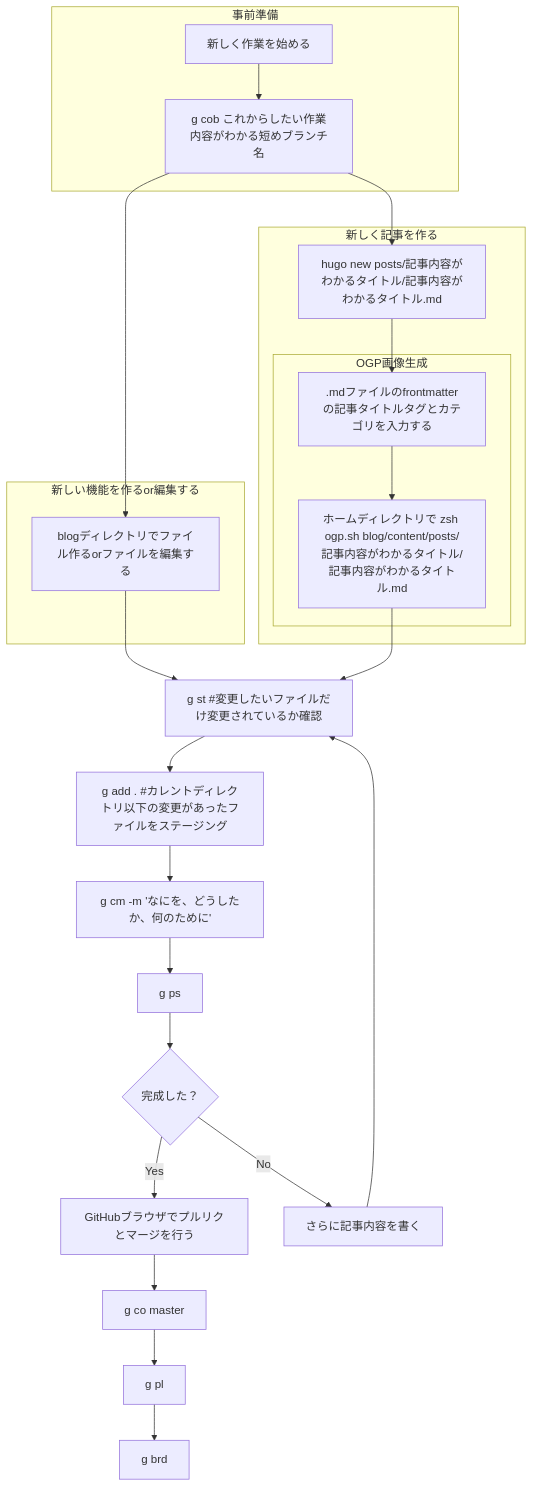
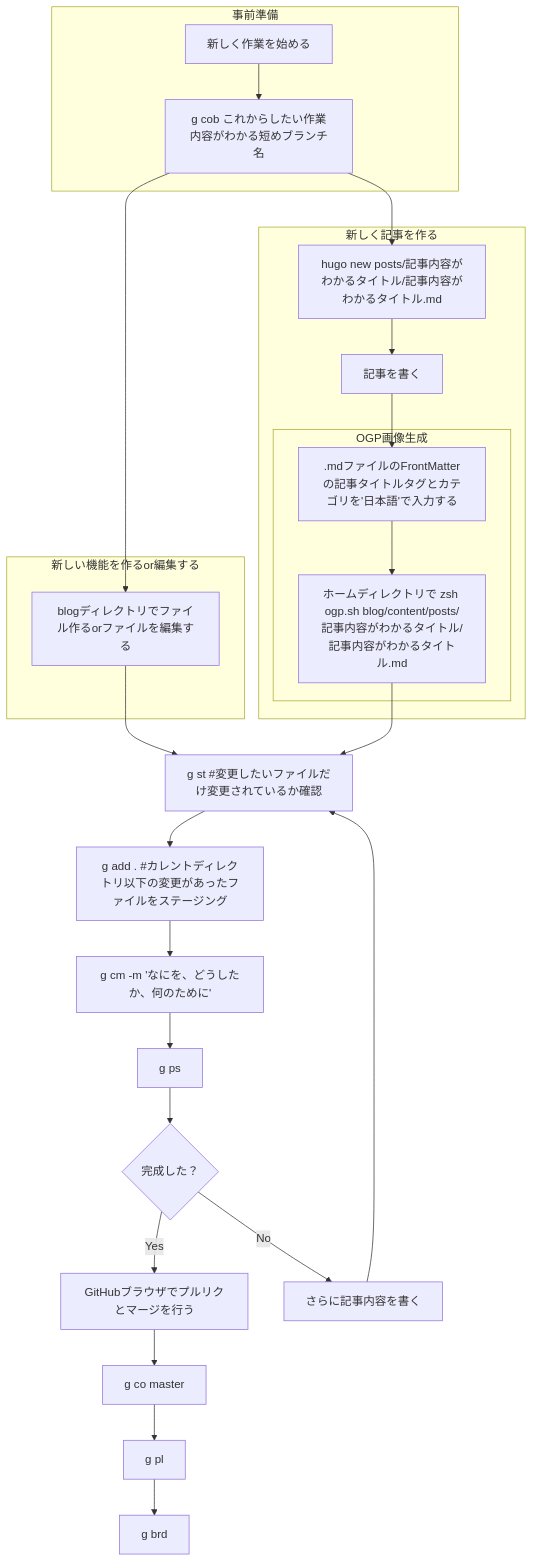
One commit to zuzuzunta0/newblog2 changed the diagram in README.md. Above: the diagram before and after it, drawn with Mermaid.

````diff
--- a/README.md
+++ b/README.md
@@ -13,28 +13,29 @@
 ```mermaid
 flowchart TB
   subgraph 事前準備
   A["新しく作業を始める"] --> B["g cob これからしたい作業内容がわかる短めブランチ名"]
   end
   B --> D["hugo new posts/記事内容がわかるタイトル/記事内容がわかるタイトル.md"]
   subgraph 新しく記事を作る
-  D --> D1[".mdファイルのfrontmatterの記事タイトルタグとカテゴリを入力する"]
+  D --> D3["記事を書く"]
+  D3 --> D1[".mdファイルのFrontMatterの記事タイトルタグとカテゴリを'日本語'で入力する"]
   subgraph OGP画像生成
   D1 --> D2["ホームディレクトリで zsh ogp.sh blog/content/posts/記事内容がわかるタイトル/記事内容がわかるタイトル.md"]
   end
   end
   subgraph 新しい機能を作るor編集する
   B --> C1["blogディレクトリでファイル作るorファイルを編集する"]
   end
   C1 --> E
   D2 --> E["g st #変更したいファイルだけ変更されているか確認"]
   E --> F["g add . #カレントディレクトリ以下の変更があったファイルをステージング"]
   F --> G["g cm -m 'なにを、どうしたか、何のために'"]
   G --> H["g ps"]
   H --> I{"完成した？"}
   I --> |Yes| J["GitHubブラウザでプルリクとマージを行う"]
   I --> |"No"| K["さらに記事内容を書く"]
   K --> E
   J --> L["g co master"]
   L --> M["g pl"]
   M --> N["g brd"]
 ```
````
